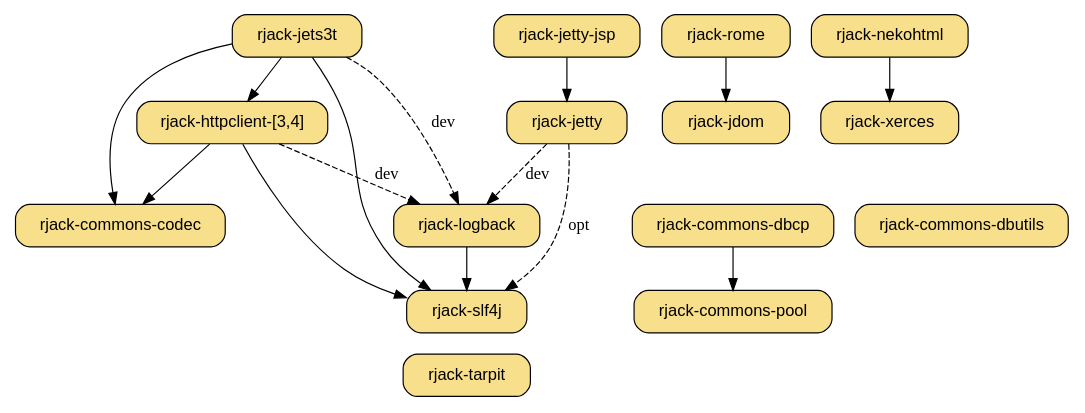
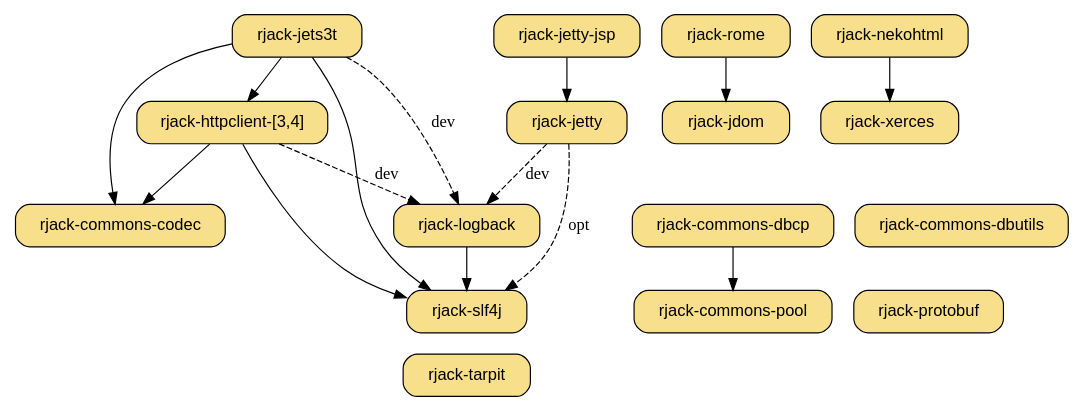
The diagram in www/rjack.dot (dekellum/rjack), drawn with Graphviz before and after one commit. The commit also changed 1 other file, not shown here.

Commit message:
www: Add rjack-protobuf

```diff
--- a/www/rjack.dot
+++ b/www/rjack.dot
@@ -1,65 +1,70 @@
 digraph "RJack Gem Dependency Graph" {
   bgcolor="transparent";
   rankdir=TB;
   size="7.4,10";
   node [ shape=box, style="filled,rounded", fillcolor="#f8df8b",
          fontname="Arial", margin="0.30,0.1" ];
 
   "rjack-jets3t" -> "rjack-httpclient";
   "rjack-jets3t" -> "rjack-commons-codec";
   "rjack-jets3t" -> "rjack-slf4j";
   "rjack-jets3t" -> "rjack-logback" [ style=dashed, label="dev" ];
 
   subgraph u {
     rank=same
     "rjack-rome"   [ target=_parent, URL="rome/" ];
     "rjack-jets3t" [ target=_parent, URL="jets3t/" ];
     "rjack-nekohtml" [ target=_parent, URL="nekohtml/" ];
   }
 
   subgraph l {
     rank=same
     "rjack-jdom"     [ target=_parent, URL="jdom/" ];
     "rjack-xerces"   [ target=_parent, URL="xerces/" ];
   }
 
   "rjack-rome" -> "rjack-jdom"
 
   "rjack-nekohtml" -> "rjack-xerces"
 
   "rjack-httpclient" [ target=_parent, URL="httpclient-3/",
                        shape=record, label="rjack-httpclient-[3,4]" ];
 
   "rjack-httpclient" -> "rjack-commons-codec";
   "rjack-httpclient" -> "rjack-logback" [ style=dashed, label="dev" ];
   "rjack-httpclient" -> "rjack-slf4j";
 
   "rjack-jetty"     [ target=_parent, URL="jetty/" ];
   "rjack-jetty-jsp" [ target=_parent, URL="jetty-jsp/" ];
   "rjack-jetty-jsp" -> "rjack-jetty";
 
   "rjack-jetty" -> "rjack-logback" [ style=dashed, label="dev" ];
   "rjack-jetty" -> "rjack-slf4j"   [ style=dashed, label="opt" ];
 
   "rjack-slf4j"   [ target=_parent, URL="slf4j/", group=log ];
   "rjack-logback" [ target=_parent, URL="logback/", group=log ];
 
   "rjack-logback" -> "rjack-slf4j";
 
   "rjack-commons-codec"   [ target=_parent, URL="commons-codec/", group=commons ];
 
   subgraph d {
     rank=same
     "rjack-commons-dbcp"    [ target=_parent, URL="commons-dbcp/", group=commons ];
     "rjack-commons-dbutils" [ target=_parent, URL="commons-dbutils/", group=commons ];
   }
 
-  "rjack-commons-pool"    [ target=_parent, URL="commons-pool/", group=commons ];
+  subgraph e {
+    rank=same
+    "rjack-commons-pool"    [ target=_parent, URL="commons-pool/", group=commons ];
+    "rjack-protobuf"        [ target=_parent, URL="protobuf/" ];
+  }
+
   "rjack-commons-dbcp" -> "rjack-commons-pool";
 
   subgraph t {
     rank=sink
     "rjack-tarpit" [ target=_parent, URL="tarpit/" ];
   }
 
 }
```
